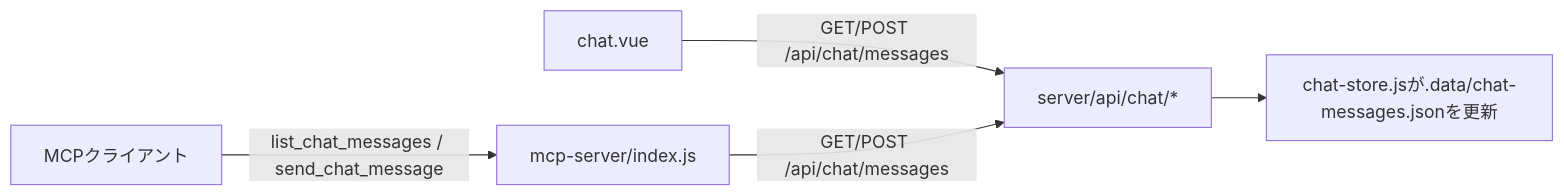
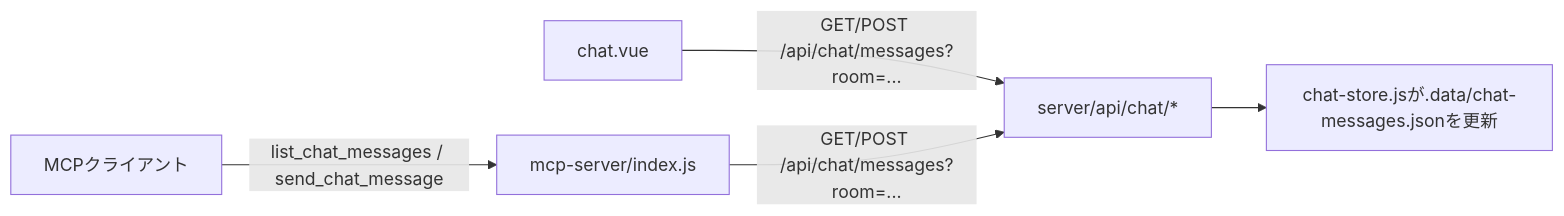
Before and after one commit to akinaritakaishi/sample_todo: the second of 2 diagrams in docs/Architecture.md, drawn with Mermaid. The commit also changed other lines of this file and 16 other files, not shown here.

````diff
--- a/docs/Architecture.md
+++ b/docs/Architecture.md
@@ -85,7 +90,7 @@
 ```mermaid
 flowchart LR
-    A[chat.vue] -- GET/POST /api/chat/messages --> C[server/api/chat/*]
+    A[chat.vue] -- GET/POST /api/chat/messages?room=... --> C[server/api/chat/*]
     D[MCPクライアント] -- list_chat_messages / send_chat_message --> E[mcp-server/index.js]
-    E -- GET/POST /api/chat/messages --> C
+    E -- GET/POST /api/chat/messages?room=... --> C
     C --> F[chat-store.jsが.data/chat-messages.jsonを更新]
 ```
````
